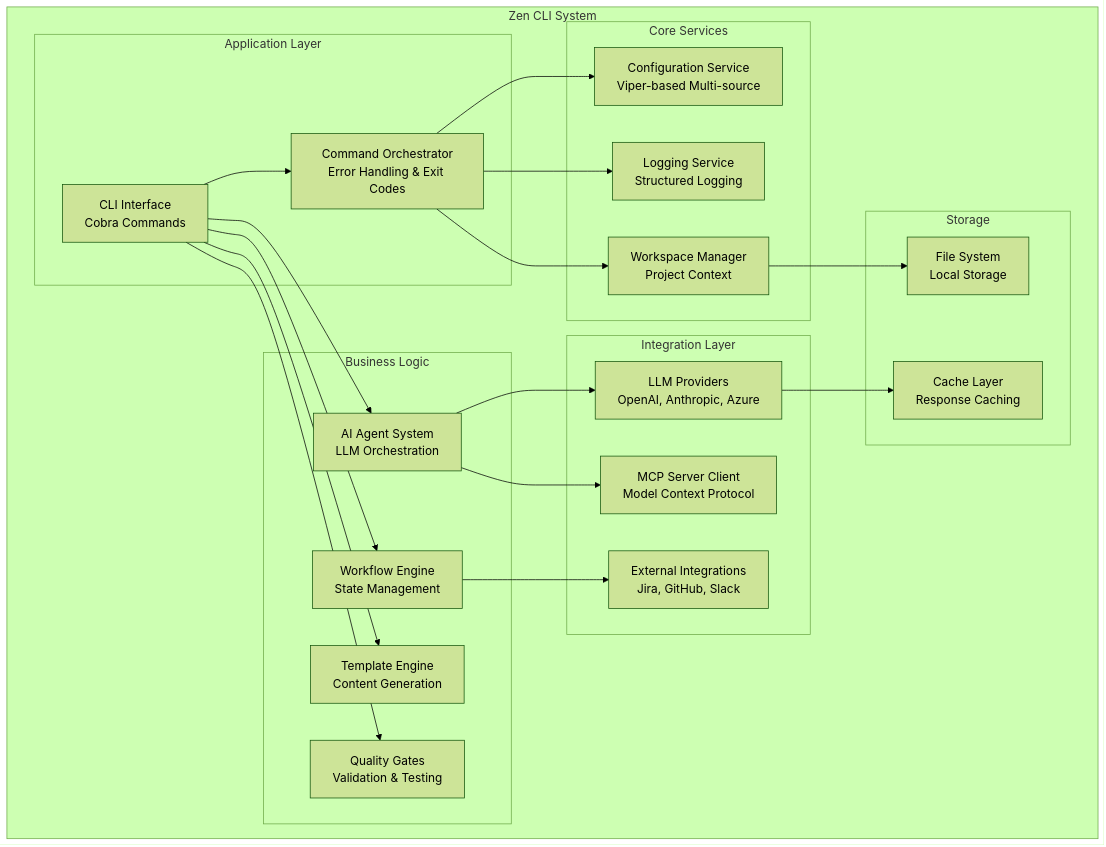
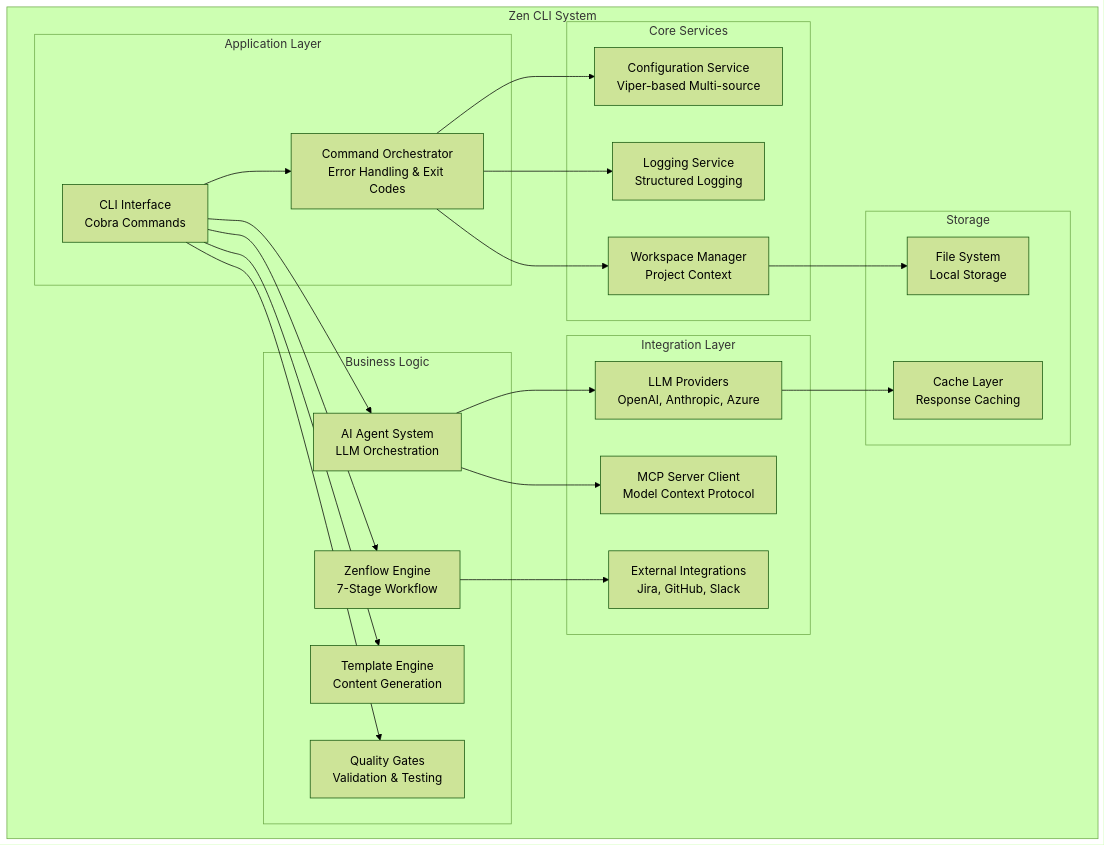
One commit to daddia/zen-cli changed the first of 3 diagrams in docs/architecture/views/containers.md. Above: the diagram before and after it, drawn with Mermaid (forest theme). The commit also changed other lines of this file and 4 other files, not shown here.

Commit message:
docs: update architecture docs with Zenflow Engine and update related documentation to reflect the new 7-stage unified workflow, enhancing clarity and consistency across architecture documents.

````diff
--- a/docs/architecture/views/containers.md
+++ b/docs/architecture/views/containers.md
@@ -9,50 +9,50 @@
 ```mermaid
 graph TB
     subgraph "Zen CLI System"
         subgraph "Application Layer"
             CLI[CLI Interface<br/>Cobra Commands]
             Orchestrator[Command Orchestrator<br/>Error Handling & Exit Codes]
         end
         
         subgraph "Core Services"
             Config[Configuration Service<br/>Viper-based Multi-source]
             Logger[Logging Service<br/>Structured Logging]
             Workspace[Workspace Manager<br/>Project Context]
         end
         
         subgraph "Business Logic"
             Agents[AI Agent System<br/>LLM Orchestration]
-            Workflow[Workflow Engine<br/>State Management]
+            Workflow[Zenflow Engine<br/>7-Stage Workflow]
             Templates[Template Engine<br/>Content Generation]
             Quality[Quality Gates<br/>Validation & Testing]
         end
         
         subgraph "Integration Layer"
             Providers[LLM Providers<br/>OpenAI, Anthropic, Azure]
             External[External Integrations<br/>Jira, GitHub, Slack]
             MCP[MCP Server Client<br/>Model Context Protocol]
         end
         
         subgraph "Storage"
             FileSystem[File System<br/>Local Storage]
             Cache[Cache Layer<br/>Response Caching]
         end
     end
     
     CLI --> Orchestrator
     Orchestrator --> Config
     Orchestrator --> Logger
     Orchestrator --> Workspace
     
     CLI --> Agents
     CLI --> Workflow
     CLI --> Templates
     CLI --> Quality
     
     Agents --> Providers
     Workflow --> External
     Agents --> MCP
     
     Workspace --> FileSystem
     Providers --> Cache
 ```
````
